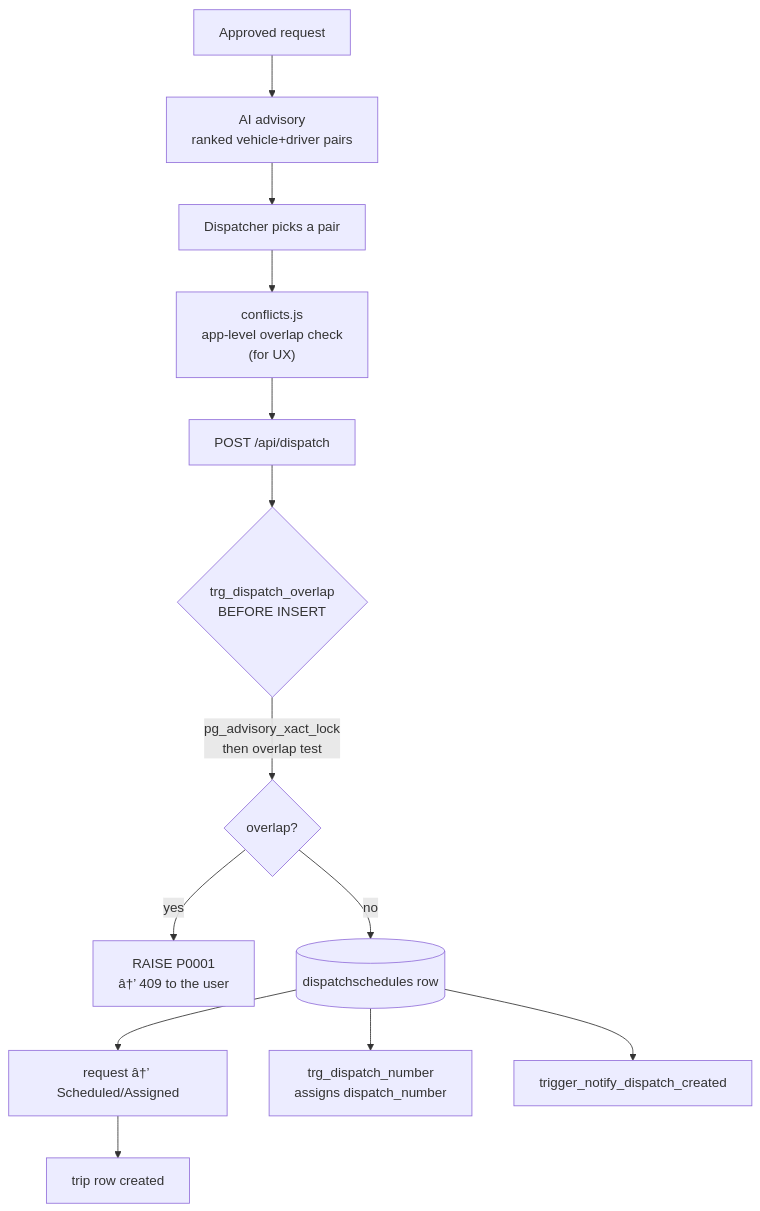
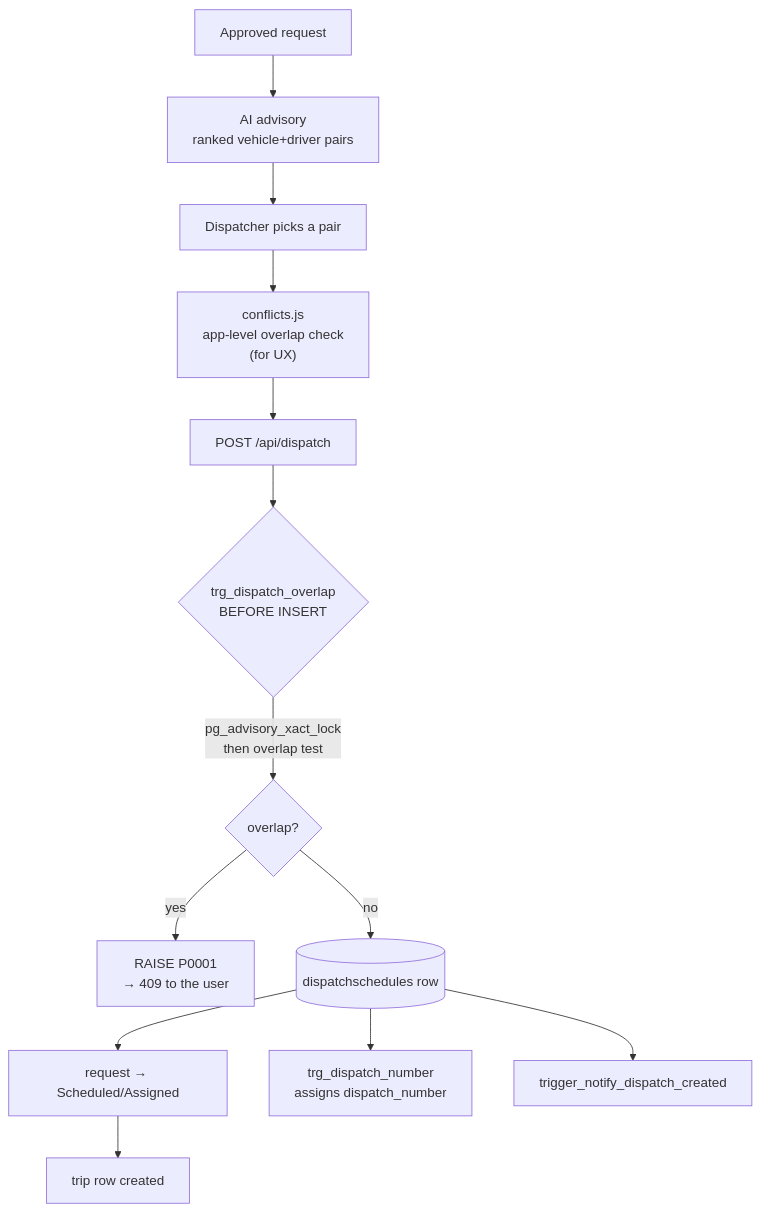
Before and after one commit to ro-mee/fleet-transpo: the diagram in Capstone/02 - Features/Dispatch.md, drawn with Mermaid. The commit also changed other lines of this file and 29 other files, not shown here.

````diff
--- a/Capstone/02 - Features/Dispatch.md
+++ b/Capstone/02 - Features/Dispatch.md
@@ -108,15 +108,15 @@
 ```mermaid
 flowchart TD
     A[Approved request] --> B["AI advisory<br/>ranked vehicle+driver pairs"]
     B --> C["Dispatcher picks a pair"]
     C --> D["conflicts.js<br/>app-level overlap check<br/>(for UX)"]
     D --> E["POST /api/dispatch"]
     E --> F{"trg_dispatch_overlap<br/>BEFORE INSERT"}
     F -->|"pg_advisory_xact_lock<br/>then overlap test"| G{overlap?}
-    G -->|yes| H["RAISE P0001<br/>â†’ 409 to the user"]
+    G -->|yes| H["RAISE P0001<br/>→ 409 to the user"]
     G -->|no| I[("dispatchschedules row")]
-    I --> J["request â†’ Scheduled/Assigned"]
+    I --> J["request → Scheduled/Assigned"]
     J --> K["trip row created"]
     I --> L["trg_dispatch_number<br/>assigns dispatch_number"]
     I --> M["trigger_notify_dispatch_created"]
 ```
````
